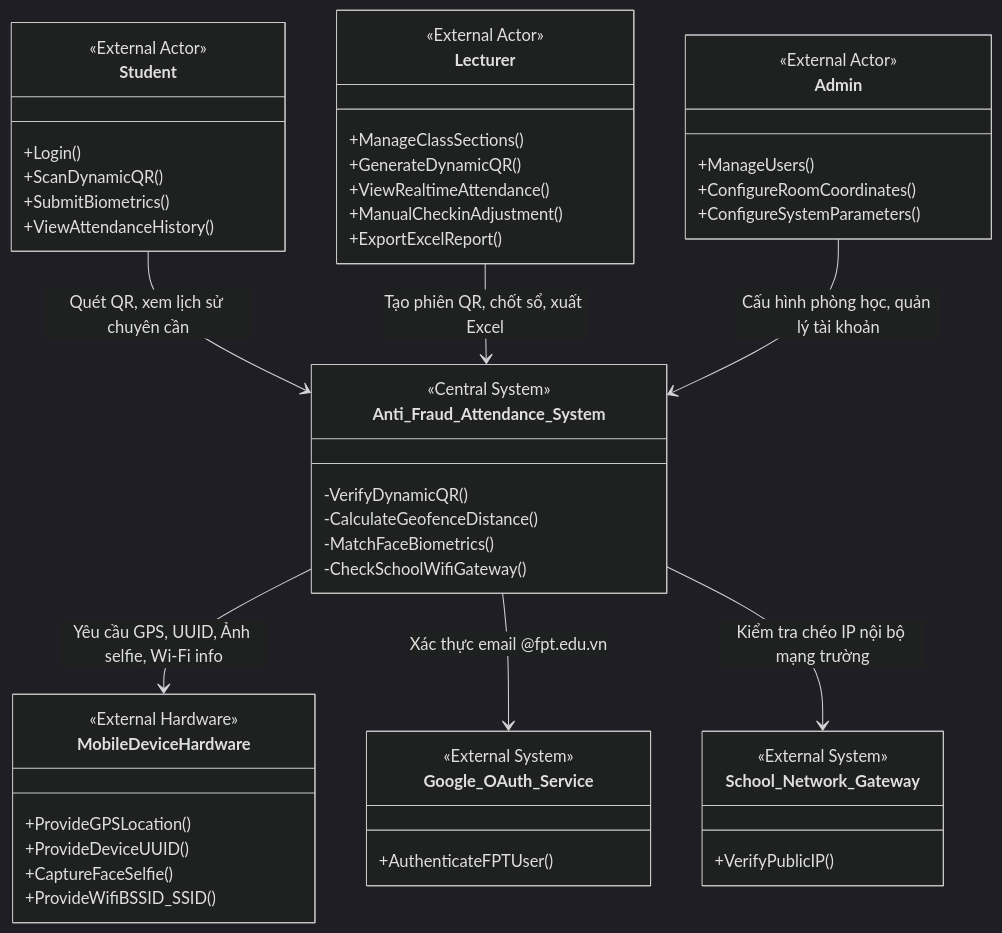
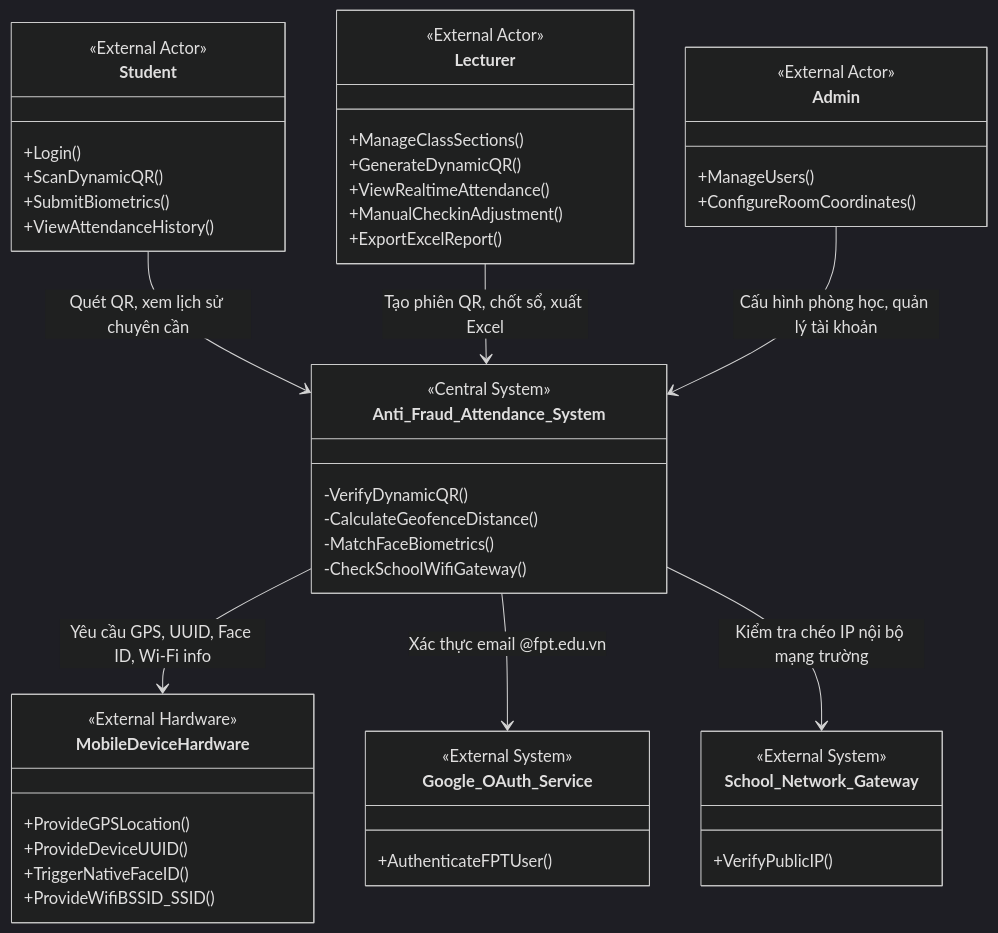
The diagram in COMET/Phase_1_Requirements_Modeling/output/system_context.md (nttung42/SWD392), drawn with Mermaid (dark theme) before and after one commit. The commit also changed other lines of this file and 14 other files, not shown here.

````diff
--- a/COMET/Phase_1_Requirements_Modeling/output/system_context.md
+++ b/COMET/Phase_1_Requirements_Modeling/output/system_context.md
@@ -9,63 +9,62 @@
 ```mermaid
 classDiagram
     class Anti_Fraud_Attendance_System {
         <<Central System>>
         -VerifyDynamicQR()
         -CalculateGeofenceDistance()
         -MatchFaceBiometrics()
         -CheckSchoolWifiGateway()
     }
 
     %% Tác nhân con người (Actors)
     class Student {
         <<External Actor>>
         +Login()
         +ScanDynamicQR()
         +SubmitBiometrics()
         +ViewAttendanceHistory()
     }
 
     class Lecturer {
         <<External Actor>>
         +ManageClassSections()
         +GenerateDynamicQR()
         +ViewRealtimeAttendance()
         +ManualCheckinAdjustment()
         +ExportExcelReport()
     }
 
     class Admin {
         <<External Actor>>
         +ManageUsers()
         +ConfigureRoomCoordinates()
-        +ConfigureSystemParameters()
     }
 
     %% Thiết bị phần cứng và Hệ thống ngoại vi (External Systems)
     class MobileDeviceHardware {
         <<External Hardware>>
         +ProvideGPSLocation()
         +ProvideDeviceUUID()
-        +CaptureFaceSelfie()
+        +TriggerNativeFaceID()
         +ProvideWifiBSSID_SSID()
     }
 
     class Google_OAuth_Service {
         <<External System>>
         +AuthenticateFPTUser()
     }
 
     class School_Network_Gateway {
         <<External System>>
         +VerifyPublicIP()
     }
 
     %% Các tương tác (Connections)
     Student --> Anti_Fraud_Attendance_System : Quét QR, xem lịch sử chuyên cần
     Lecturer --> Anti_Fraud_Attendance_System : Tạo phiên QR, chốt sổ, xuất Excel
     Admin --> Anti_Fraud_Attendance_System : Cấu hình phòng học, quản lý tài khoản
 
-    Anti_Fraud_Attendance_System --> MobileDeviceHardware : Yêu cầu GPS, UUID, Ảnh selfie, Wi-Fi info
+    Anti_Fraud_Attendance_System --> MobileDeviceHardware : Yêu cầu GPS, UUID, Face ID, Wi-Fi info
     Anti_Fraud_Attendance_System --> Google_OAuth_Service : Xác thực email @fpt.edu.vn
     Anti_Fraud_Attendance_System --> School_Network_Gateway : Kiểm tra chéo IP nội bộ mạng trường
 ```
````
